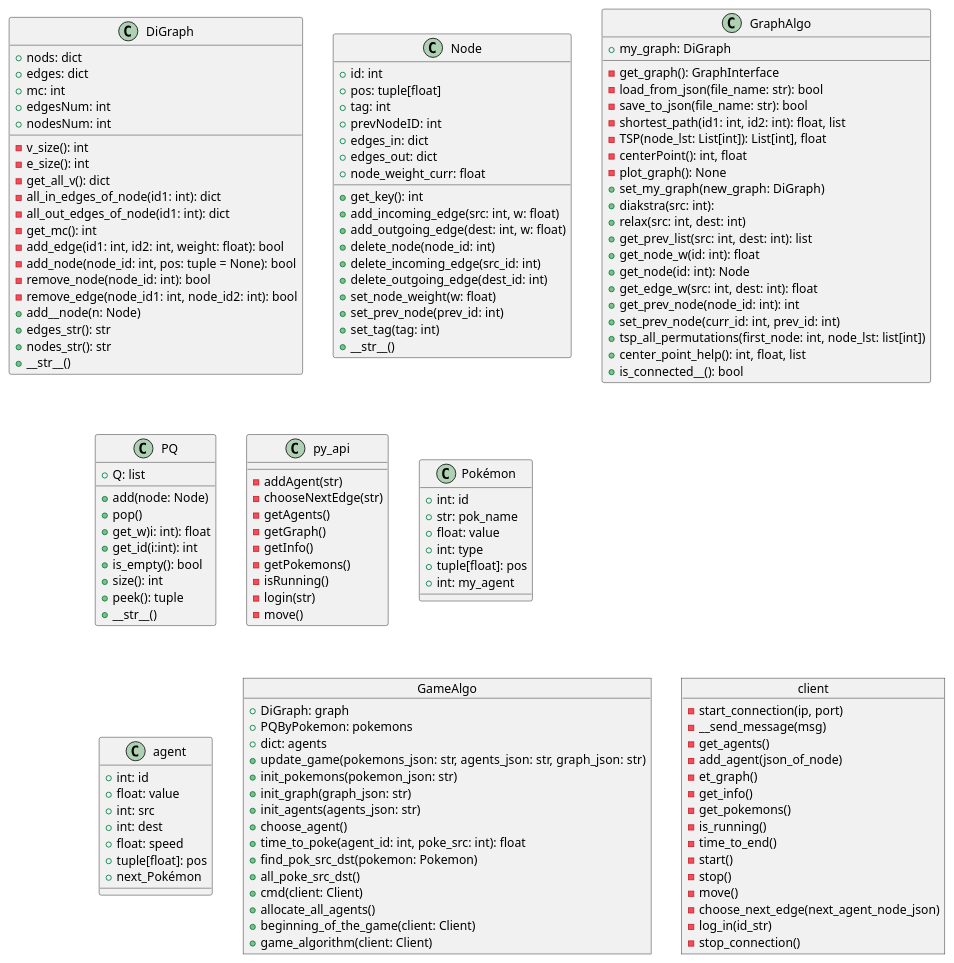
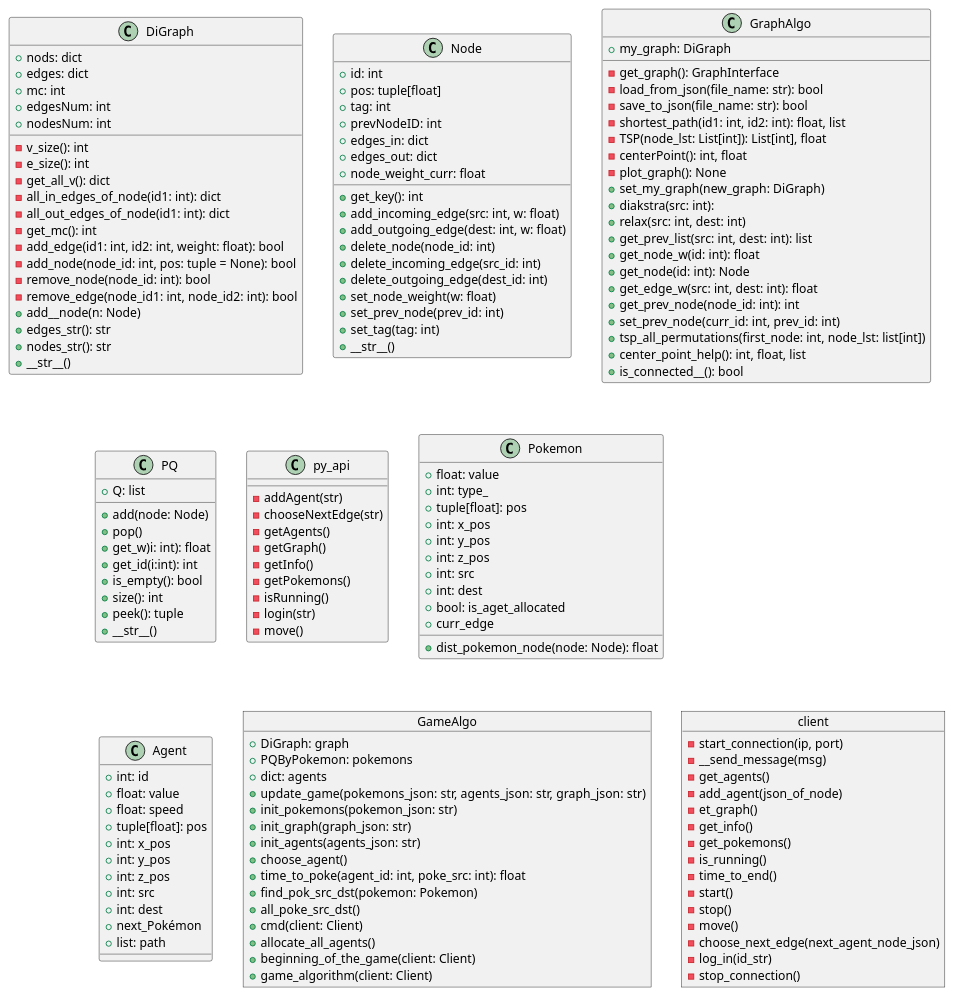
One commit to Matanel1995/OOP-Ex4-Pokemon-Game changed the diagram in docs/OOP_Ex4_uml.puml. Above: the diagram before and after it, drawn with PlantUML. The commit also changed 2 other files, not shown here.

```diff
--- a/docs/OOP_Ex4_uml.puml
+++ b/docs/OOP_Ex4_uml.puml
@@ -2,151 +2,161 @@
 @startuml
 
 
 class DiGraph{
 +nods: dict
 +edges: dict
 +mc: int
 +edgesNum: int
 +nodesNum: int
 -v_size(): int
 -e_size(): int
 -get_all_v(): dict
 -all_in_edges_of_node(id1: int): dict
 -all_out_edges_of_node(id1: int): dict
 -get_mc(): int
 -add_edge(id1: int, id2: int, weight: float): bool
 -add_node(node_id: int, pos: tuple = None): bool
 -remove_node(node_id: int): bool
 -remove_edge(node_id1: int, node_id2: int): bool
 +add__node(n: Node)
 +edges_str(): str
 +nodes_str(): str
 +__str__()
 }
 
 class Node{
 +id: int
 +pos: tuple[float]
 +tag: int
 +prevNodeID: int
 +edges_in: dict
 +edges_out: dict
 +node_weight_curr: float
 +get_key(): int
 +add_incoming_edge(src: int, w: float)
 +add_outgoing_edge(dest: int, w: float)
 +delete_node(node_id: int)
 +delete_incoming_edge(src_id: int)
 +delete_outgoing_edge(dest_id: int)
 +set_node_weight(w: float)
 +set_prev_node(prev_id: int)
 +set_tag(tag: int)
 +__str__()
 }
 
 class GraphAlgo{
 +my_graph: DiGraph
 -get_graph(): GraphInterface
 -load_from_json(file_name: str): bool
 -save_to_json(file_name: str): bool
 -shortest_path(id1: int, id2: int): float, list
 -TSP(node_lst: List[int]): List[int], float
 -centerPoint(): int, float
 -plot_graph(): None
 +set_my_graph(new_graph: DiGraph)
 +diakstra(src: int):
 +relax(src: int, dest: int)
 +get_prev_list(src: int, dest: int): list
 +get_node_w(id: int): float
 +get_node(id: int): Node
 '+get_node_tag(id: int): int
 '+set_node_tag(id: int, tag)
 '+set_path_w(id: int, w: float)
 +get_edge_w(src: int, dest: int): float
 +get_prev_node(node_id: int): int
 +set_prev_node(curr_id: int, prev_id: int)
 +tsp_all_permutations(first_node: int, node_lst: list[int])
 +center_point_help(): int, float, list
 +is_connected__(): bool
 }
 
 class PQ{
 +Q: list
 +add(node: Node)
 +pop()
 +get_w)i: int): float
 +get_id(i:int): int
 +is_empty(): bool
 +size(): int
 +peek(): tuple
 +__str__()
 }
 
 class py_api{
 -addAgent(str)
 -chooseNextEdge(str)
 -getAgents()
 -getGraph()
 -getInfo()
 -getPokemons()
 -isRunning()
 -login(str)
 -move()
 }
 
-class Pokémon{
-+int: id
-+str: pok_name
+class Pokemon{
 +float: value
-+int: type
++int: type_
 +tuple[float]: pos
-+int: my_agent
++int: x_pos
++int: y_pos
++int: z_pos
++int: src
++int: dest
++bool: is_aget_allocated
++curr_edge
++dist_pokemon_node(node: Node): float
+
 }
 
-class agent{
+class Agent{
 +int: id
 +float: value
++float: speed
++tuple[float]: pos
++int: x_pos
++int: y_pos
++int: z_pos
 +int: src
 +int: dest
-+float: speed
-+tuple[float]: pos
 +next_Pokémon
++list: path
 }
 
 object GameAlgo{
 +DiGraph: graph
 +PQByPokemon: pokemons
 +dict: agents
 +update_game(pokemons_json: str, agents_json: str, graph_json: str)
 +init_pokemons(pokemon_json: str)
 +init_graph(graph_json: str)
 +init_agents(agents_json: str)
 +choose_agent()
 +time_to_poke(agent_id: int, poke_src: int): float
 +find_pok_src_dst(pokemon: Pokemon)
 +all_poke_src_dst()
 +cmd(client: Client)
 +allocate_all_agents()
 +beginning_of_the_game(client: Client)
 +game_algorithm(client: Client)
 }
 
 object client{
 -start_connection(ip, port)
 -__send_message(msg)
 -get_agents()
 -add_agent(json_of_node)
 -et_graph()
 -get_info()
 -get_pokemons()
 -is_running()
 -time_to_end()
 -start()
 -stop()
 -move()
 -choose_next_edge(next_agent_node_json)
 -log_in(id_str)
 -stop_connection()
 }
 
 @enduml
```
